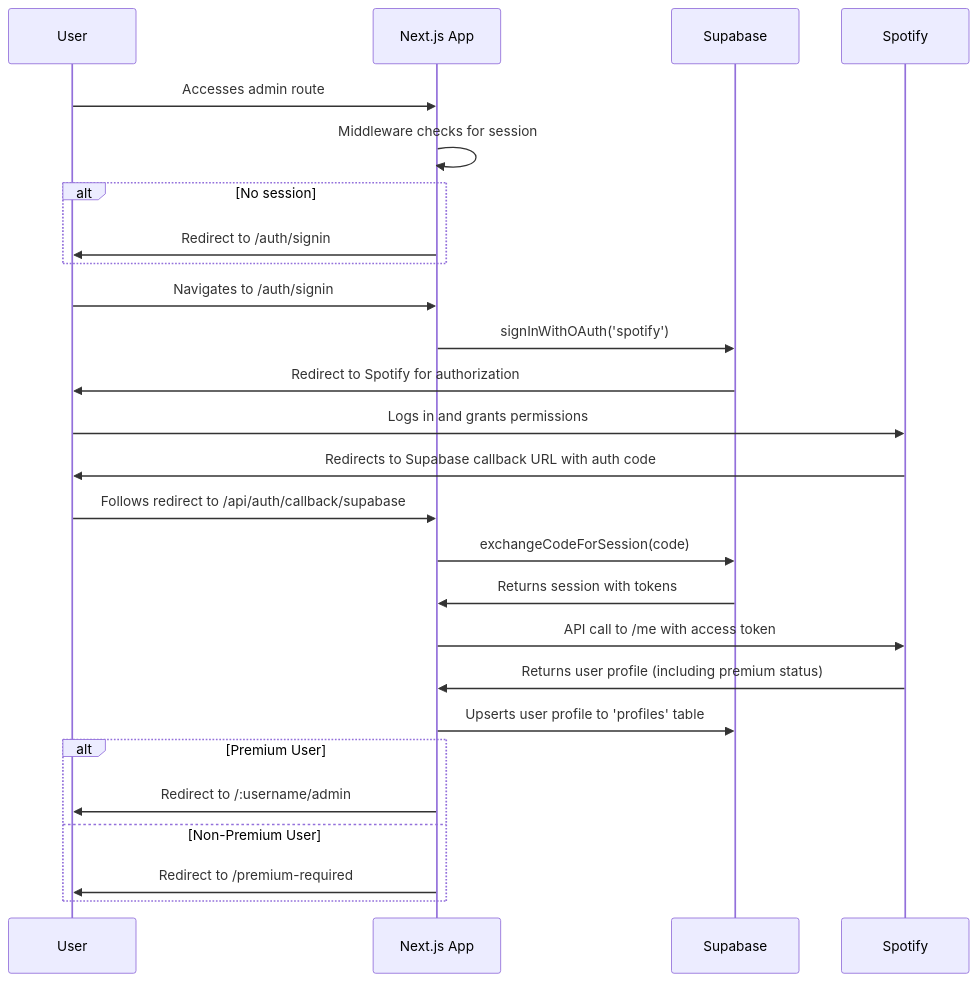
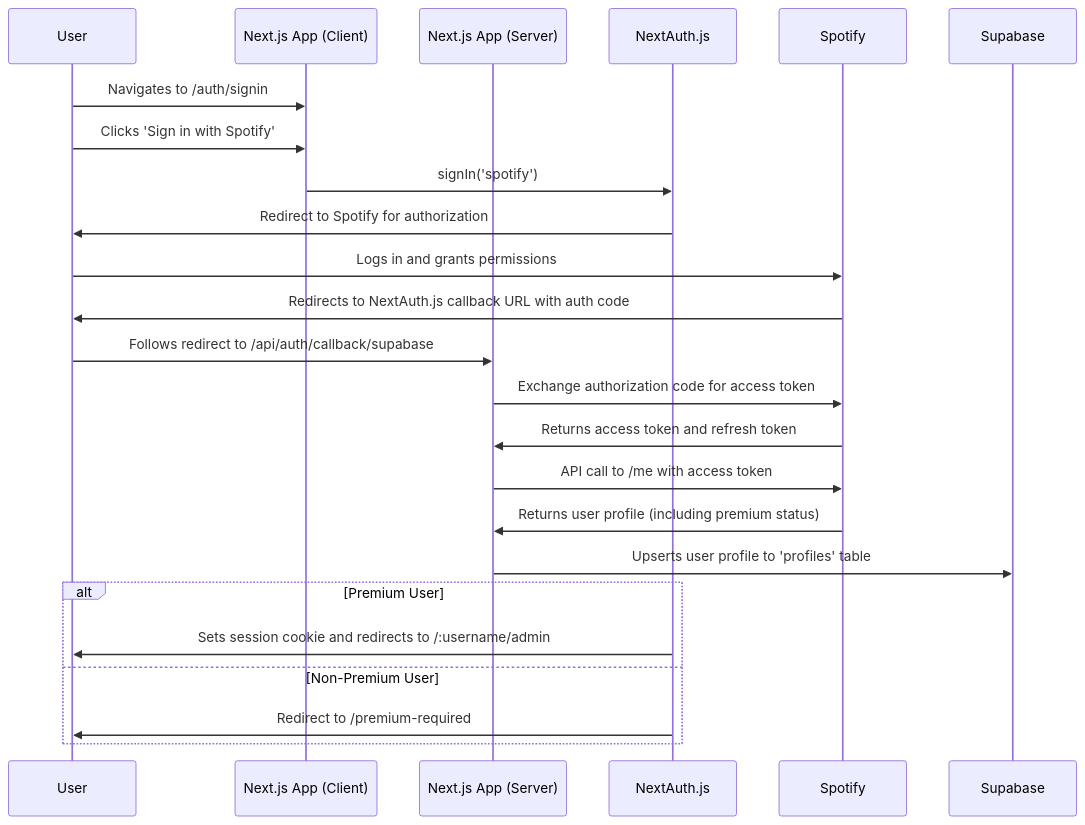
The diagram in docs/architecture.md (GiangNguyenn/3b-bar-jukebox), drawn with Mermaid before and after one commit. The commit also changed other lines of this file, not shown here.

Commit message:
Architecture documentation

````diff
--- a/docs/architecture.md
+++ b/docs/architecture.md
@@ -43,34 +52,30 @@
 ```mermaid
 sequenceDiagram
     participant User
-    participant Next.js App
-    participant Supabase
+    participant Next.js App (Client)
+    participant Next.js App (Server)
+    participant NextAuth.js
     participant Spotify
 
-    User->>Next.js App: Accesses admin route
-    Next.js App->>Next.js App: Middleware checks for session
-    alt No session
-        Next.js App->>User: Redirect to /auth/signin
-    end
-
-    User->>Next.js App: Navigates to /auth/signin
-    Next.js App->>Supabase: signInWithOAuth('spotify')
-    Supabase->>User: Redirect to Spotify for authorization
+    User->>Next.js App (Client): Navigates to /auth/signin
+    User->>Next.js App (Client): Clicks 'Sign in with Spotify'
+    Next.js App (Client)->>NextAuth.js: signIn('spotify')
+    NextAuth.js->>User: Redirect to Spotify for authorization
 
     User->>Spotify: Logs in and grants permissions
-    Spotify->>User: Redirects to Supabase callback URL with auth code
+    Spotify->>User: Redirects to NextAuth.js callback URL with auth code
 
-    User->>Next.js App: Follows redirect to /api/auth/callback/supabase
-    Next.js App->>Supabase: exchangeCodeForSession(code)
-    Supabase->>Next.js App: Returns session with tokens
+    User->>Next.js App (Server): Follows redirect to /api/auth/callback/supabase
+    Next.js App (Server)->>Spotify: Exchange authorization code for access token
+    Spotify->>Next.js App (Server): Returns access token and refresh token
 
-    Next.js App->>Spotify: API call to /me with access token
-    Spotify->>Next.js App: Returns user profile (including premium status)
+    Next.js App (Server)->>Spotify: API call to /me with access token
+    Spotify->>Next.js App (Server): Returns user profile (including premium status)
 
-    Next.js App->>Supabase: Upserts user profile to 'profiles' table
+    Next.js App (Server)->>Supabase: Upserts user profile to 'profiles' table
     alt Premium User
-        Next.js App->>User: Redirect to /:username/admin
+        NextAuth.js->>User: Sets session cookie and redirects to /:username/admin
     else Non-Premium User
-        Next.js App->>User: Redirect to /premium-required
+        NextAuth.js->>User: Redirect to /premium-required
     end
 ```
````
